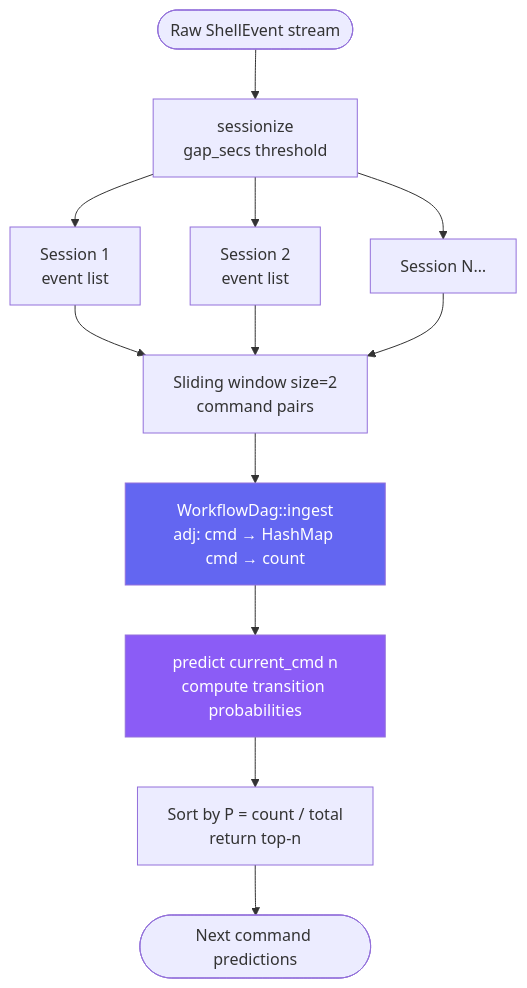
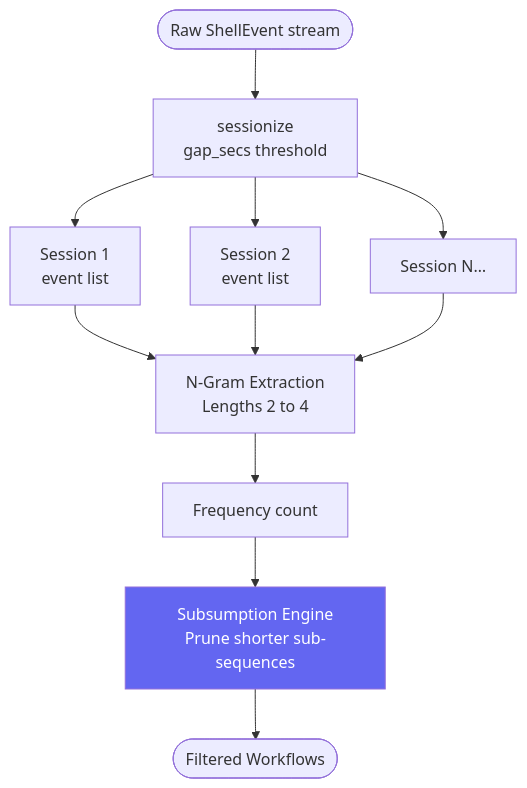
Before and after one commit to miniCoder6/AlmanX-SIE: the ninth of 16 diagrams in README.md, drawn with Mermaid. The commit also changed other lines of this file and 17 other files, not shown here.

````diff
--- a/README.md
+++ b/README.md
@@ -293,20 +293,17 @@
 ```mermaid
 flowchart TD
     EVENTS([Raw ShellEvent stream]) --> SESS[sessionize\ngap_secs threshold]
     SESS --> S1[Session 1\nevent list]
     SESS --> S2[Session 2\nevent list]
     SESS --> SN[Session N…]
 
-    S1 --> WIN[Sliding window size=2\ncommand pairs]
+    S1 --> WIN[N-Gram Extraction\nLengths 2 to 4]
     S2 --> WIN
     SN --> WIN
 
-    WIN --> DAG[WorkflowDag::ingest\nadj: cmd → HashMap cmd → count]
+    WIN --> COUNT[Frequency count]
+    COUNT --> SUBSUME[Subsumption Engine\nPrune shorter sub-sequences]
+    SUBSUME --> OUT([Filtered Workflows])
 
-    DAG --> PRED[predict current_cmd n\ncompute transition probabilities]
-    PRED --> PROB[Sort by P = count / total\nreturn top-n]
-    PROB --> OUT([Next command predictions])
-
-    style DAG fill:#6366f1,color:#fff
-    style PRED fill:#8b5cf6,color:#fff
+    style SUBSUME fill:#6366f1,color:#fff
 ```
````
